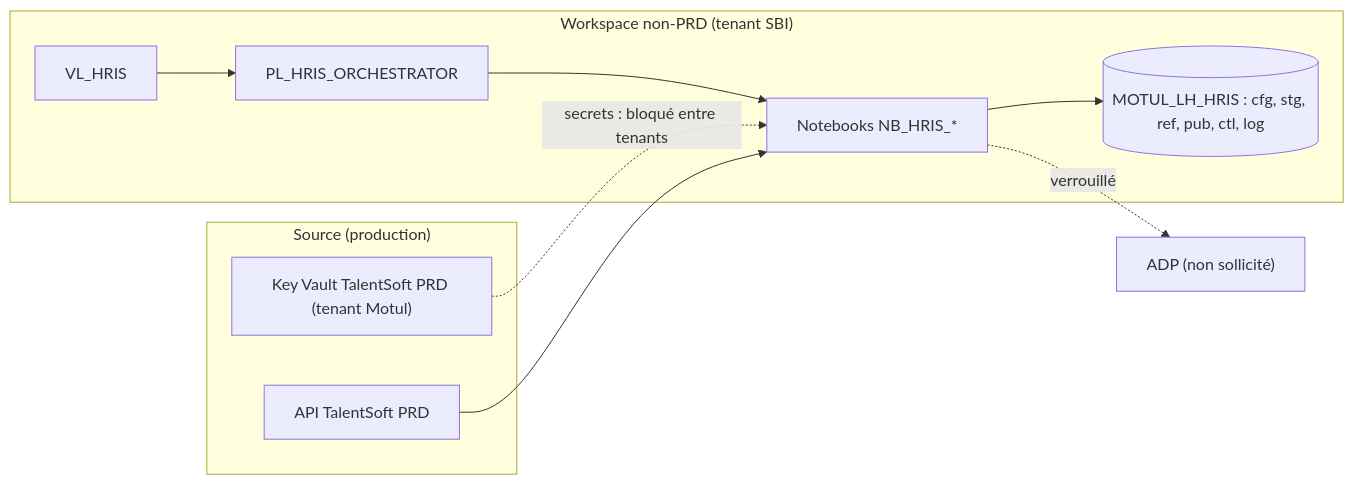
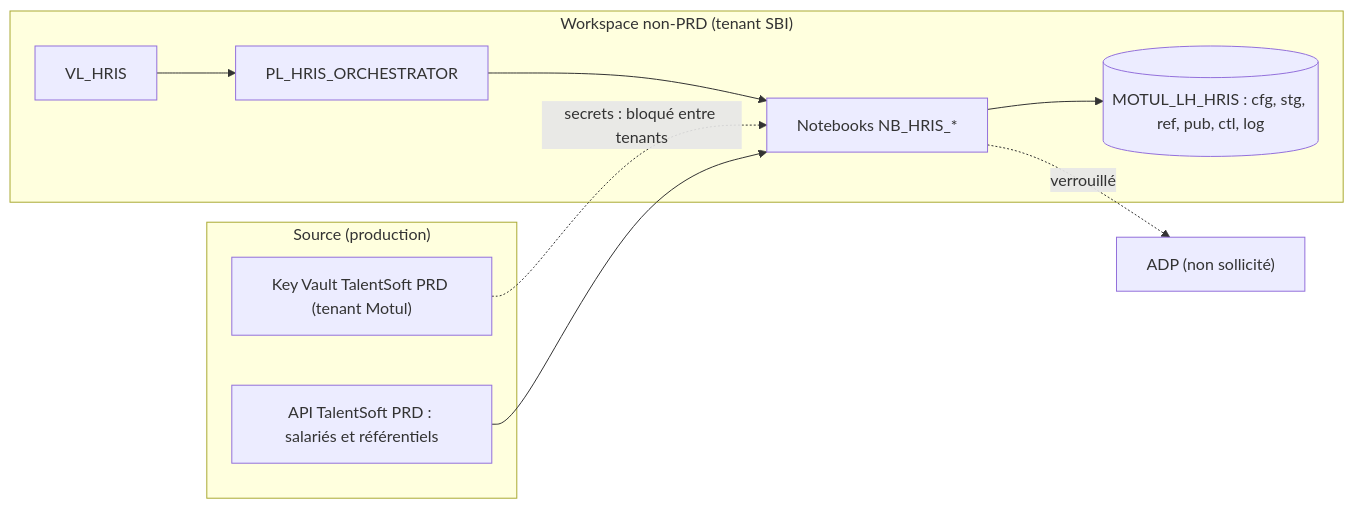
One commit to Thourak/studious-system changed the first of 7 diagrams in TEST_MOTUL/TST_4/README_DETAILS.md. Above: the diagram before and after it, drawn with Mermaid. The commit also changed other lines of this file and 14 other files, not shown here.

````diff
--- a/TEST_MOTUL/TST_4/README_DETAILS.md
+++ b/TEST_MOTUL/TST_4/README_DETAILS.md
@@ -52,18 +54,18 @@
 ```mermaid
 flowchart LR
     subgraph SRC["Source (production)"]
-        TS["API TalentSoft PRD"]
+        TS["API TalentSoft PRD : salariés et référentiels"]
         KV["Key Vault TalentSoft PRD (tenant Motul)"]
     end
     subgraph WS["Workspace non-PRD (tenant SBI)"]
         PL["PL_HRIS_ORCHESTRATOR"]
         NB["Notebooks NB_HRIS_*"]
         VL["VL_HRIS"]
         LH[("MOTUL_LH_HRIS : cfg, stg, ref, pub, ctl, log")]
     end
     ADP["ADP (non sollicité)"]
     VL --> PL --> NB
     KV -.->|"secrets : bloqué entre tenants"| NB
     TS --> NB --> LH
     NB -.->|"verrouillé"| ADP
 ```
````
